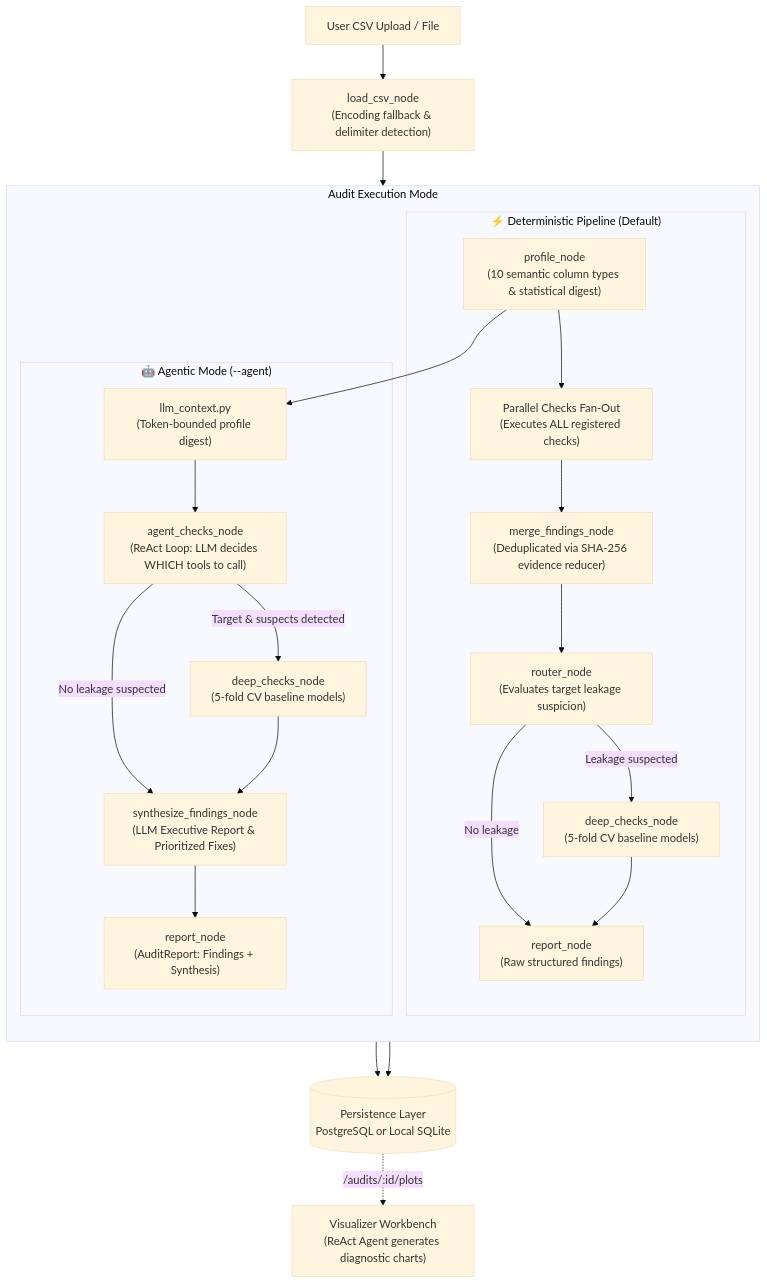
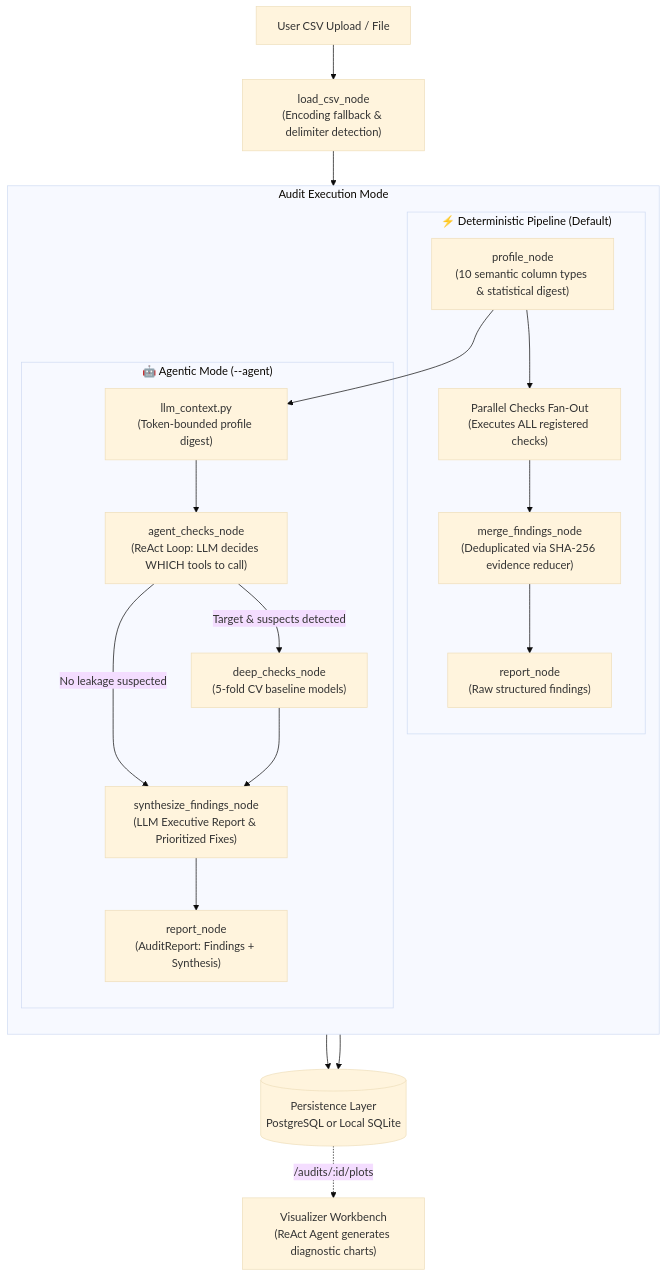
One commit to ezekielkharkongor08/data-detective changed the diagram in ARCHITECTURE.md. Above: the diagram before and after it, drawn with Mermaid (base theme). The commit also changed 7 other files, not shown here.

````diff
--- a/ARCHITECTURE.md
+++ b/ARCHITECTURE.md
@@ -21,32 +21,29 @@
 ```mermaid
 flowchart TD
     CSV["User CSV Upload / File"] --> Load["load_csv_node\n(Encoding fallback & delimiter detection)"]
     Load --> Profile["profile_node\n(10 semantic column types & statistical digest)"]
     
     subgraph ExecutionModes ["Audit Execution Mode"]
         direction TB
         
         subgraph Deterministic ["⚡ Deterministic Pipeline (Default)"]
             Profile --> FanOut["Parallel Checks Fan-Out\n(Executes ALL registered checks)"]
             FanOut --> Merge["merge_findings_node\n(Deduplicated via SHA-256 evidence reducer)"]
-            Merge --> Router["router_node\n(Evaluates target leakage suspicion)"]
-            Router -->|Leakage suspected| DeepDet["deep_checks_node\n(5-fold CV baseline models)"]
-            Router -->|No leakage| RepDet["report_node\n(Raw structured findings)"]
-            DeepDet --> RepDet
+            Merge --> RepDet["report_node\n(Raw structured findings)"]
         end
         
         subgraph Agentic ["🤖 Agentic Mode (--agent)"]
             Profile --> Digest["llm_context.py\n(Token-bounded profile digest)"]
             Digest --> ReAct["agent_checks_node\n(ReAct Loop: LLM decides WHICH tools to call)"]
             ReAct -->|Target & suspects detected| DeepAgent["deep_checks_node\n(5-fold CV baseline models)"]
             ReAct -->|No leakage suspected| Synth["synthesize_findings_node\n(LLM Executive Report & Prioritized Fixes)"]
             DeepAgent --> Synth
             Synth --> RepAgent["report_node\n(AuditReport: Findings + Synthesis)"]
         end
     end
     
     RepDet --> Storage[("Persistence Layer\nPostgreSQL or Local SQLite")]
     RepAgent --> Storage
     
     Storage -.->|/audits/:id/plots| Viz["Visualizer Workbench\n(ReAct Agent generates diagnostic charts)"]
 ```
````
